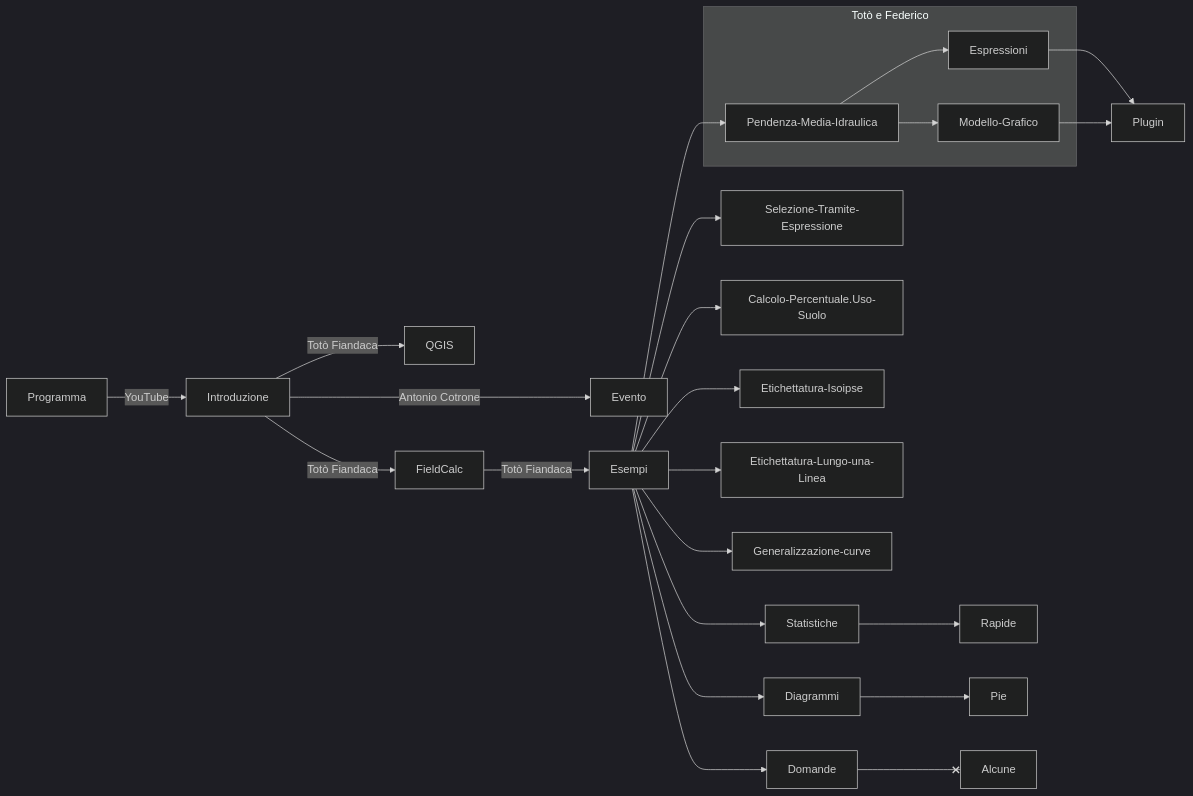
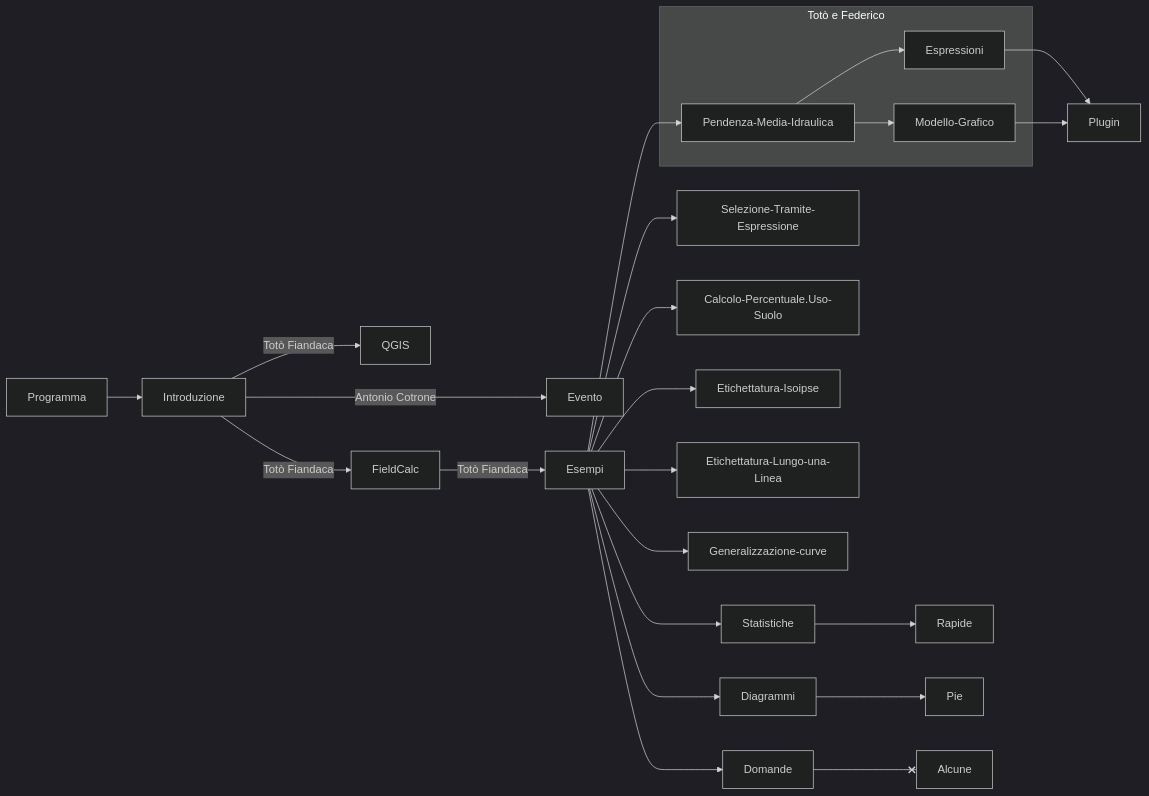
The first of 3 diagrams in README.md (pigreco/field_calc_idraulica), drawn with Mermaid (dark theme) before and after one commit. The commit also changed other lines of this file, not shown here.

````diff
--- a/README.md
+++ b/README.md
@@ -56,26 +56,26 @@
 ```mermaid
 graph LR;
-    Programma--YouTube-->Introduzione;
+    Programma-->Introduzione;
     Introduzione--Antonio Cotroneo-->Evento;
     Introduzione--Totò Fiandaca-->QGIS;
     Introduzione--Totò Fiandaca-->FieldCalc;
     FieldCalc--Totò Fiandaca-->Esempi;
     Esempi-->Pendenza-Media-Idraulica;
     subgraph ide1 [Totò e Federico]
     Pendenza-Media-Idraulica-->Espressioni;
     Pendenza-Media-Idraulica-->Modello-Grafico;
     end
     Espressioni-->Plugin;
     Modello-Grafico-->Plugin;
     Esempi-->Selezione-Tramite-Espressione;
     Esempi-->Calcolo-Percentuale.Uso-Suolo;
     Esempi-->Etichettatura-Isoipse;
     Esempi-->Etichettatura-Lungo-una-Linea;
     Esempi-->Generalizzazione-curve;
     Esempi-->Statistiche;
     Statistiche-->Rapide;
     Esempi-->Diagrammi;
     Diagrammi-->Pie;
     Esempi-->Domande;
     Domande--xAlcune;
 ```
````
